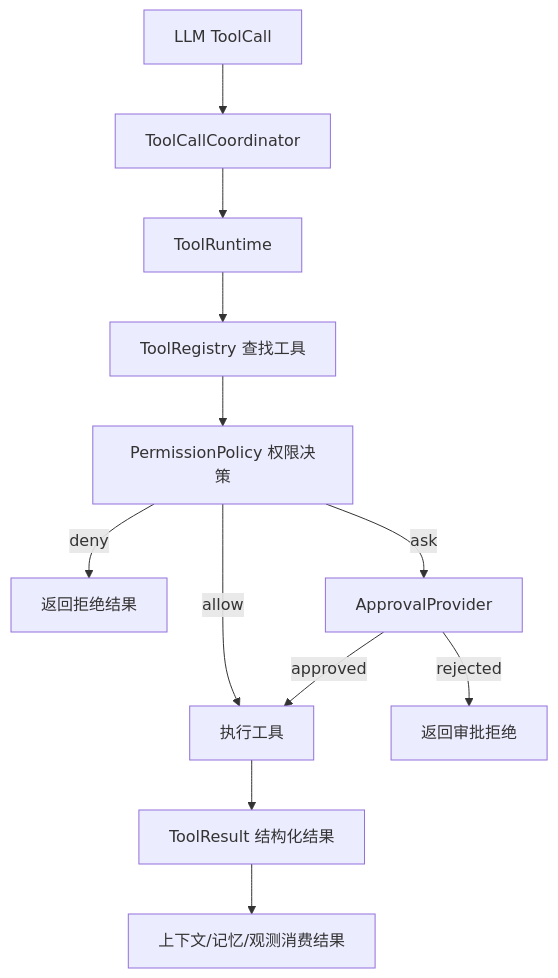
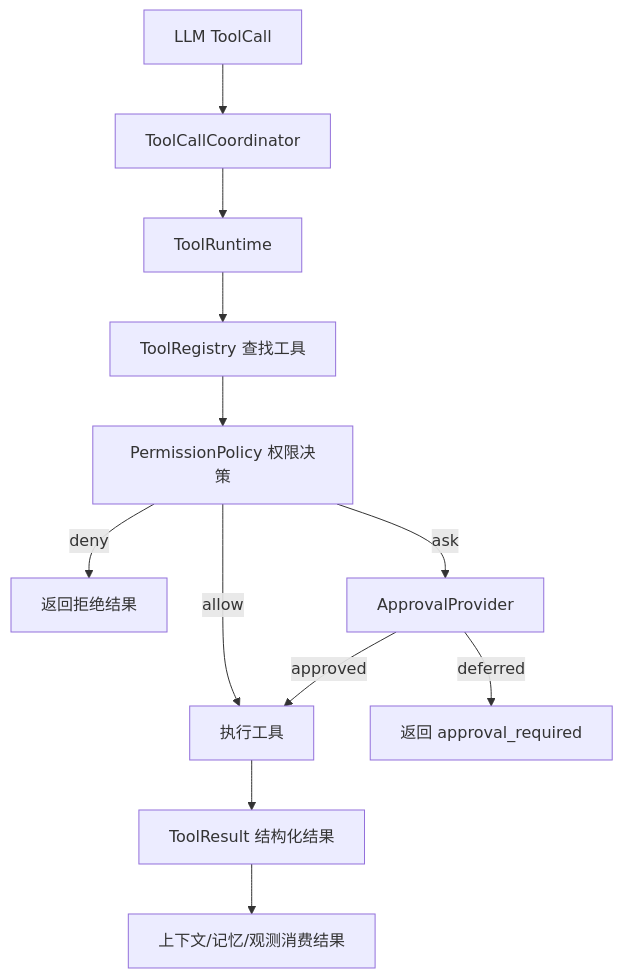
The diagram in docs/design/tool-design.md (gyHMR/Codepilot_stable), drawn with Mermaid before and after one commit. The commit also changed other lines of this file and 94 other files, not shown here.

````diff
--- a/docs/design/tool-design.md
+++ b/docs/design/tool-design.md
@@ -140,14 +140,14 @@
 ```mermaid
 flowchart TD
     LLM["LLM ToolCall"] --> Coordinator["ToolCallCoordinator"]
     Coordinator --> Runtime["ToolRuntime"]
     Runtime --> Registry["ToolRegistry 查找工具"]
     Registry --> Policy["PermissionPolicy 权限决策"]
     Policy -->|allow| Execute["执行工具"]
     Policy -->|deny| Denied["返回拒绝结果"]
     Policy -->|ask| Approval["ApprovalProvider"]
     Approval -->|approved| Execute
-    Approval -->|rejected| Rejected["返回审批拒绝"]
+    Approval -->|deferred| Deferred["返回 approval_required"]
     Execute --> Result["ToolResult 结构化结果"]
     Result --> Context["上下文/记忆/观测消费结果"]
 ```
````
